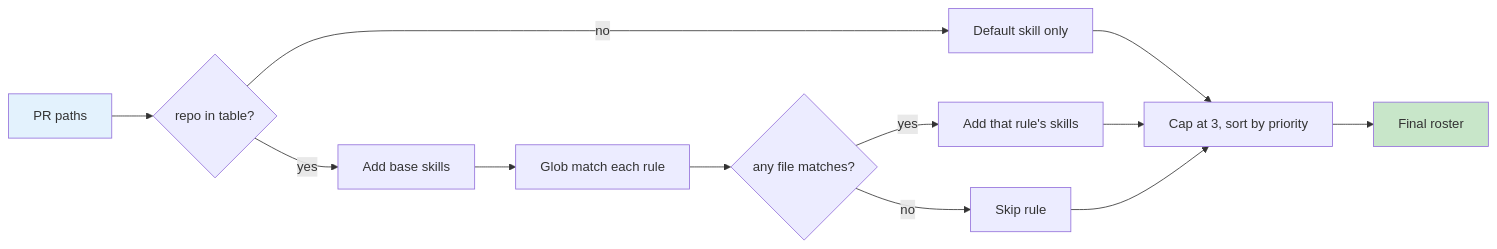
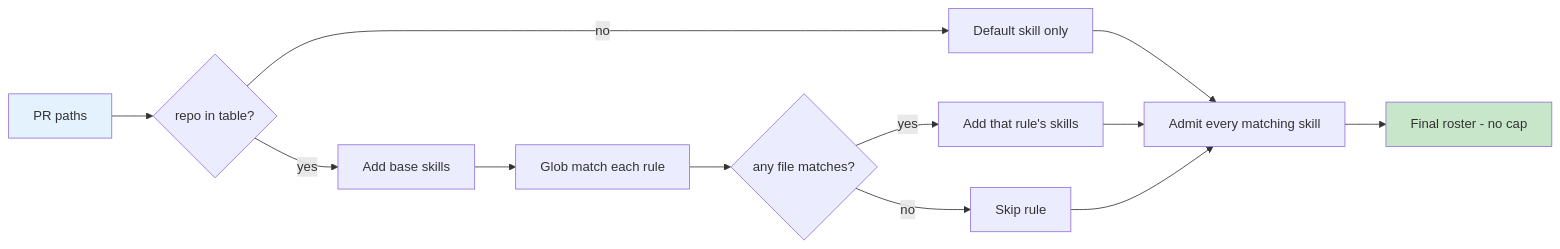
Before and after one commit to spruhakar5/cerberus-routing-diagrams: the diagram in 02-idea1.mmd, drawn with Mermaid. The commit also changed 7 other files, not shown here.

First line of the commit message:
Remove roster cap from architecture diagrams

```diff
--- a/02-idea1.mmd
+++ b/02-idea1.mmd
@@ -1,14 +1,14 @@
 flowchart LR
     A[PR paths] --> B{repo in table?}
     B -->|no| C[Default skill only]
     B -->|yes| D[Add base skills]
     D --> E[Glob match each rule]
     E --> F{any file matches?}
     F -->|yes| G["Add that rule&apos;s skills"]
     F -->|no| H[Skip rule]
-    C --> I[Cap at 3, sort by priority]
+    C --> I[Admit every matching skill]
     G --> I
     H --> I
-    I --> J[Final roster]
+    I --> J[Final roster - no cap]
     style A fill:#e3f2fd
     style J fill:#c8e6c9
```
